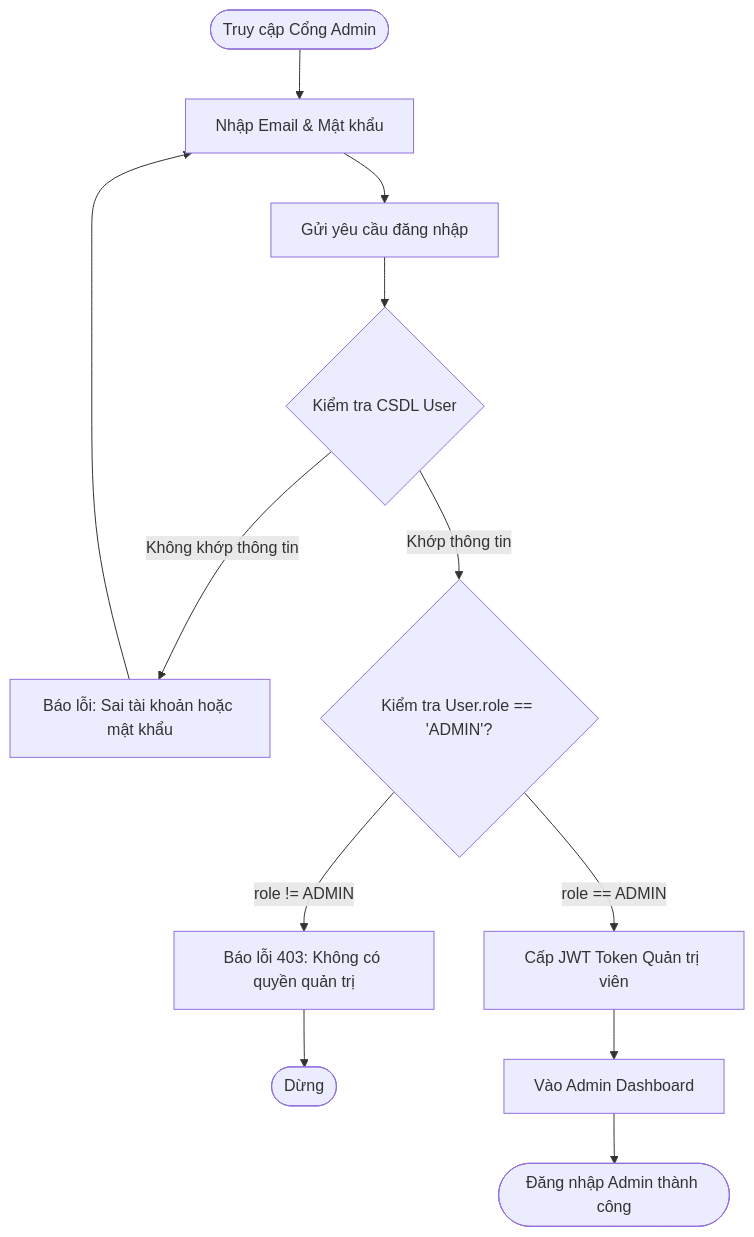
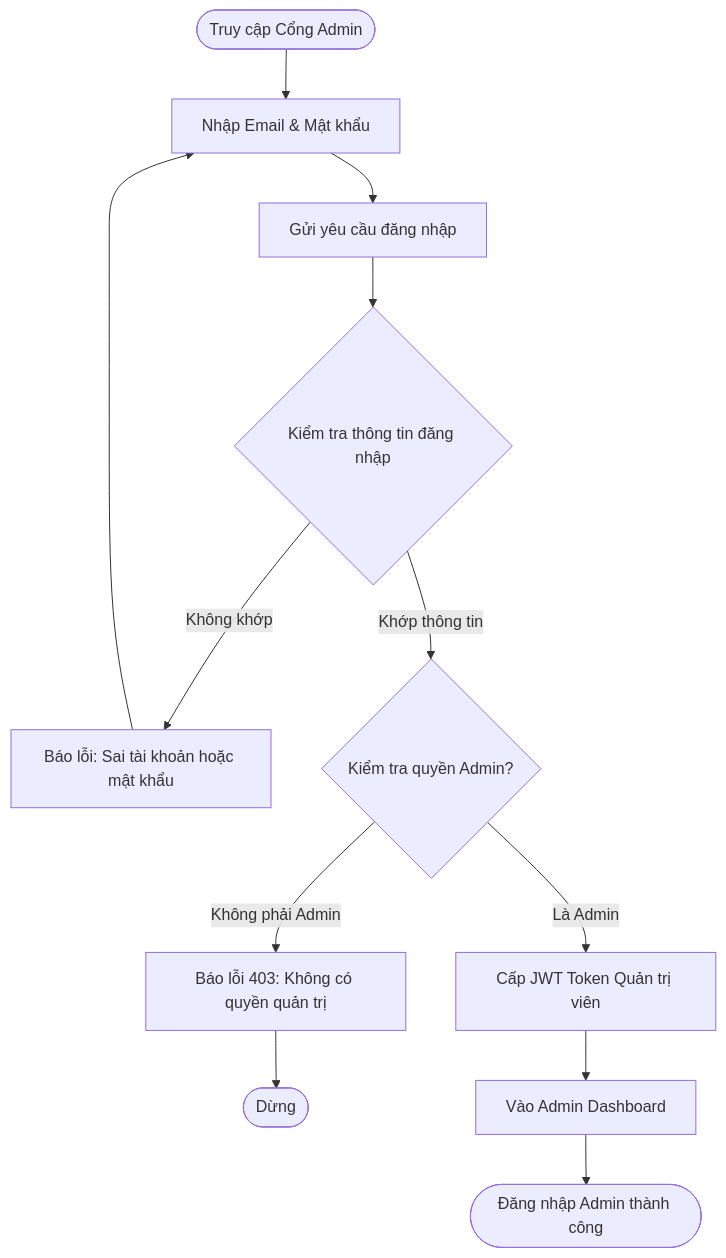
The second of 6 diagrams in phase-1/discovery/user_flow/admin_user_flow.md (pbl6-home-renter/docs), drawn with Mermaid before and after one commit. The commit also changed other lines of this file and 6 other files, not shown here.

````diff
--- a/phase-1/discovery/user_flow/admin_user_flow.md
+++ b/phase-1/discovery/user_flow/admin_user_flow.md
@@ -63,14 +51,14 @@
 ```mermaid
 flowchart TD
     StartLogin([Truy cập Cổng Admin]) --> InputCreds[Nhập Email & Mật khẩu]
     InputCreds --> SubmitLogin[Gửi yêu cầu đăng nhập]
     
-    SubmitLogin --> VerifyDB{Kiểm tra CSDL User}
-    VerifyDB -->|Không khớp thông tin| FailAuth[Báo lỗi: Sai tài khoản hoặc mật khẩu] --> InputCreds
+    SubmitLogin --> VerifyDB{Kiểm tra thông tin đăng nhập}
+    VerifyDB -->|Không khớp| FailAuth[Báo lỗi: Sai tài khoản hoặc mật khẩu] --> InputCreds
     
-    VerifyDB -->|Khớp thông tin| CheckRole{Kiểm tra User.role == 'ADMIN'?}
-    CheckRole -->|role != ADMIN| Deny403[Báo lỗi 403: Không có quyền quản trị] --> EndDeny([Dừng])
+    VerifyDB -->|Khớp thông tin| CheckRole{Kiểm tra quyền Admin?}
+    CheckRole -->|Không phải Admin| Deny403[Báo lỗi 403: Không có quyền quản trị] --> EndDeny([Dừng])
     
-    CheckRole -->|role == ADMIN| IssueToken[Cấp JWT Token Quản trị viên]
+    CheckRole -->|Là Admin| IssueToken[Cấp JWT Token Quản trị viên]
     IssueToken --> EnterDash[Vào Admin Dashboard] --> EndAuthSuccess([Đăng nhập Admin thành công])
 ```
````
